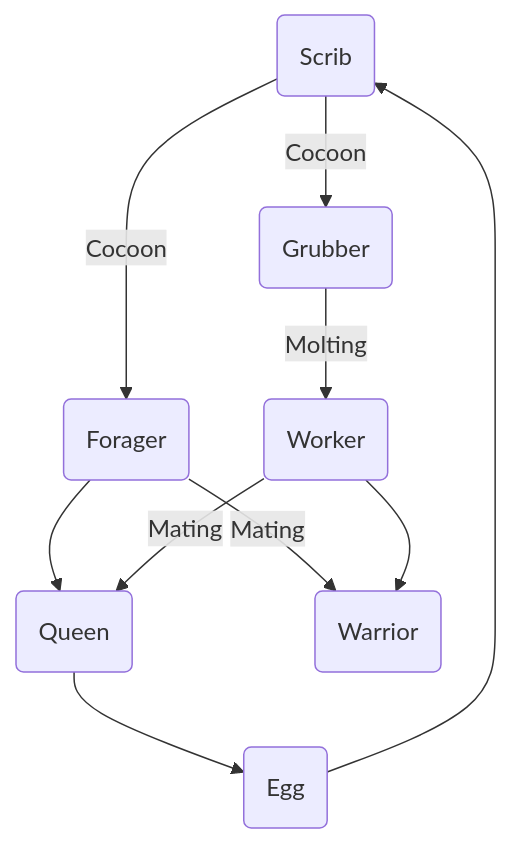
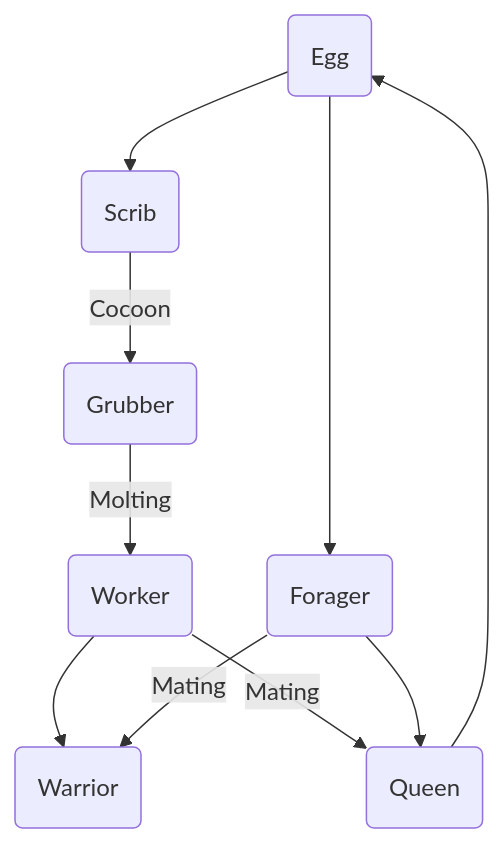
One commit to OAAB-Modding/Wiki changed the diagram in Beasts/Kwama.md. Above: the diagram before and after it, drawn with Mermaid. The commit also changed 15 other files, not shown here.

````diff
--- a/Beasts/Kwama.md
+++ b/Beasts/Kwama.md
@@ -11,19 +11,19 @@
 ```mermaid
 flowchart TD
 
-    A("Scrib") -- Cocoon --> B("Forager") & ne("Grubber")
+    A("Egg") --> nm("Forager") & n6("Scrib")
 
-    nx("Egg") --> A
+    n6 -- Cocoon --> no("Grubber")
 
-    B --> nd("Queen")
+    no -- Molting --> nb("Worker")
 
-    B -- Mating --> n9("Warrior")
+    nb --> ny("Warrior")
 
-    ne -- Molting --> n2("Worker")
+    nb -- Mating --> n2("Queen")
 
-    n2 --> n9
+    nm -- Mating --> ny
 
-    n2 -- Mating --> nd
+    nm --> n2
 
-    nd --> nx
+    n2 --> A
 ```
````
